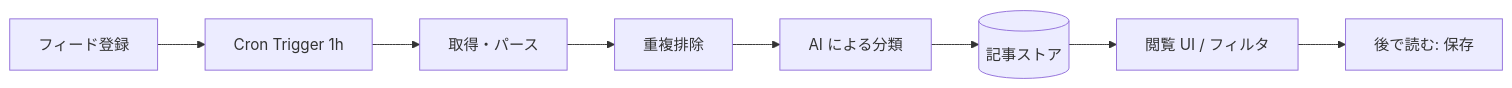
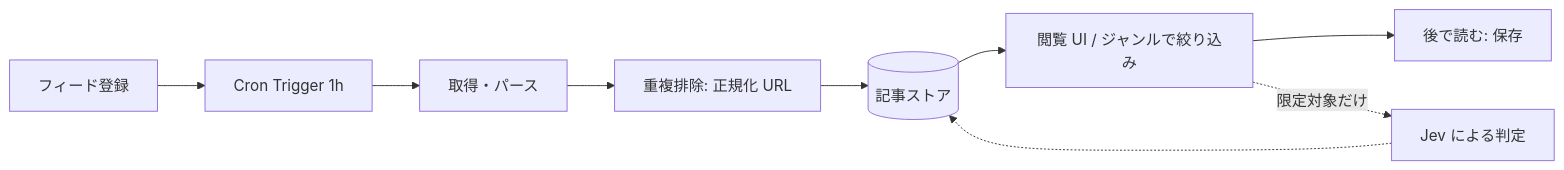
The diagram in docs/architecture.md (YTommy109/rssagg), drawn with Mermaid before and after one commit. The commit also changed other lines of this file and 5 other files, not shown here.

````diff
--- a/docs/architecture.md
+++ b/docs/architecture.md
@@ -9,10 +9,11 @@
 ```mermaid
 flowchart LR
   A[フィード登録] --> B[Cron Trigger 1h]
   B --> C[取得・パース]
-  C --> D[重複排除]
-  D --> E[AI による分類]
-  E --> F[(記事ストア)]
-  F --> G[閲覧 UI / フィルタ]
+  C --> D[重複排除: 正規化 URL]
+  D --> F[(記事ストア)]
+  F --> G[閲覧 UI / ジャンルで絞り込み]
   G --> H[後で読む: 保存]
+  G -.限定対象だけ.-> E[Jev による判定]
+  E -.-> F
 ```
````
